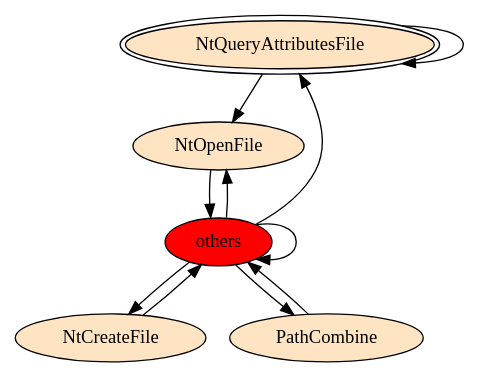
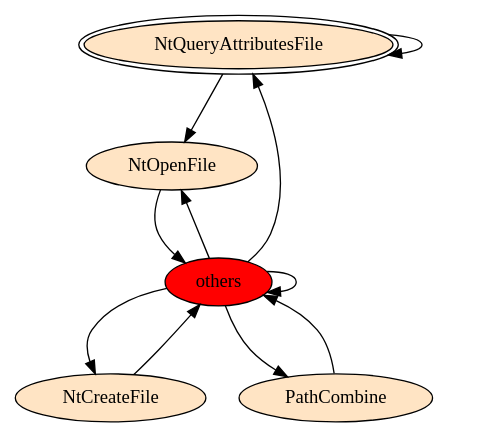
The diagram in [OC0001] Filesystem/[C0046] Create Directory/[C0046.003X] SHCreateDirectory/gv/SHCreateDirectory.exe_4144_Files and I_O (Local file system)_API_per_Category_Transition_Matrix.gv (reverseame/windows-behavior-catalog), drawn with Graphviz before and after one commit. The commit also changed 220 other files, not shown here.

```diff
--- a/[OC0001] Filesystem/[C0046] Create Directory/[C0046.003X] SHCreateDirectory/gv/SHCreateDirectory.exe_4144_Files and I_O (Local file system)_API_per_Category_Transition_Matrix.gv
+++ b/[OC0001] Filesystem/[C0046] Create Directory/[C0046.003X] SHCreateDirectory/gv/SHCreateDirectory.exe_4144_Files and I_O (Local file system)_API_per_Category_Transition_Matrix.gv
@@ -1,17 +1,17 @@
 digraph "./REPORTS/6678/API_PER_CATEGORY/SHCreateDirectory.exe_4144_Files and I_O (Local file system)_API_per_Category_Transition_Matrix" {
 	NtQueryAttributesFile [label=NtQueryAttributesFile fillcolor=bisque peripheries=2 style=filled]
-	NtQueryAttributesFile -> NtQueryAttributesFile [label=""]
+	NtQueryAttributesFile -> NtQueryAttributesFile [label=0.25 fontcolor=white]
 	NtOpenFile [label=NtOpenFile fillcolor=bisque style=filled]
-	NtQueryAttributesFile -> NtOpenFile [label=""]
+	NtQueryAttributesFile -> NtOpenFile [label=0.75 fontcolor=white]
 	others [label=others fillcolor=red style=filled]
-	NtOpenFile -> others [label=""]
-	others -> NtQueryAttributesFile [label=""]
-	others -> NtOpenFile [label=""]
-	others -> others [label=""]
+	NtOpenFile -> others [label=1.0 fontcolor=white]
+	others -> NtQueryAttributesFile [label=0.0039 fontcolor=white]
+	others -> NtOpenFile [label=0.0135 fontcolor=white]
+	others -> others [label=0.971 fontcolor=white]
 	NtCreateFile [label=NtCreateFile fillcolor=bisque style=filled]
-	others -> NtCreateFile [label=""]
+	others -> NtCreateFile [label=0.0039 fontcolor=white]
 	PathCombine [label=PathCombine fillcolor=bisque style=filled]
-	others -> PathCombine [label=""]
-	NtCreateFile -> others [label=""]
-	PathCombine -> others [label=""]
+	others -> PathCombine [label=0.0077 fontcolor=white]
+	NtCreateFile -> others [label=1.0 fontcolor=white]
+	PathCombine -> others [label=1.0 fontcolor=white]
 }
```
